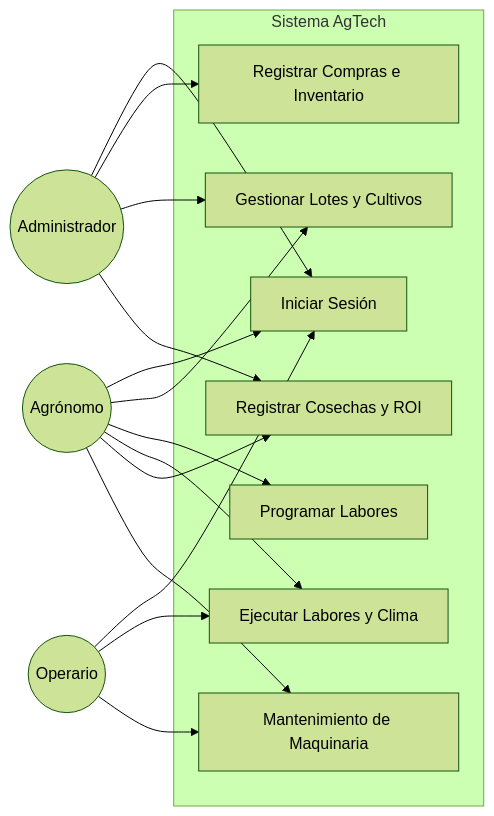
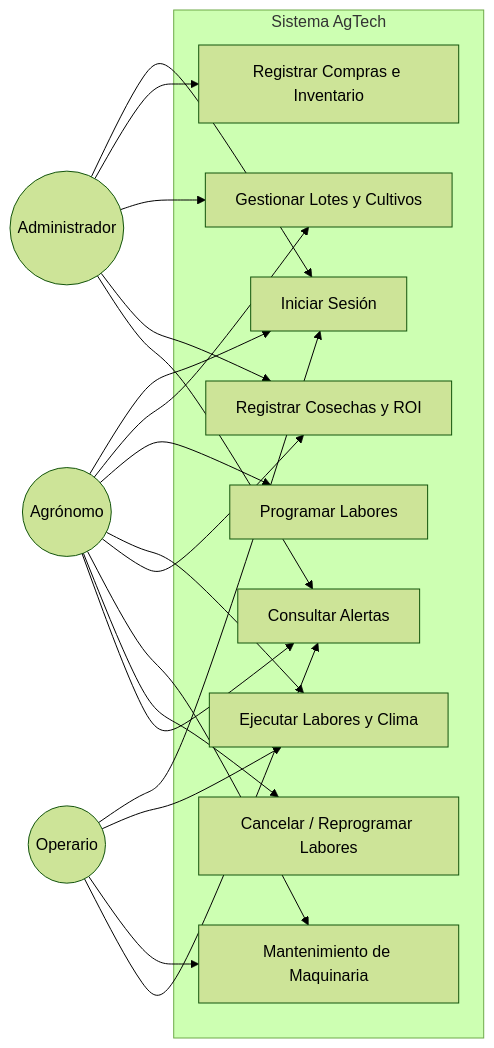
Before and after one commit to EmaRuidiaz/tupad_tfi_grupo_107: the second of 12 diagrams in docs/entrega-2/split_docs/08_diagramas_complementarios.md, drawn with Mermaid (forest theme). The commit also changed other lines of this file, not shown here.

Commit message:
diagramas de estado, clases, secuencia, actividad y despliegue

````diff
--- a/docs/entrega-2/split_docs/08_diagramas_complementarios.md
+++ b/docs/entrega-2/split_docs/08_diagramas_complementarios.md
@@ -40,33 +40,41 @@
 ```mermaid
 flowchart LR
     Admin((Administrador))
     Agro((Agrónomo))
     Op((Operario))
 
     subgraph AgTech ["Sistema AgTech"]
         CU1[Iniciar Sesión]
         CU2[Registrar Compras e Inventario]
         CU3[Gestionar Lotes y Cultivos]
         CU4[Programar Labores]
         CU5[Ejecutar Labores y Clima]
         CU6[Registrar Cosechas y ROI]
         CU7[Mantenimiento de Maquinaria]
+        CU8[Cancelar / Reprogramar Labores]
+        CU9[Consultar Alertas]
     end
 
     Admin --> CU1
     Agro --> CU1
     Op --> CU1
 
     Admin --> CU2
     Admin --> CU3
     Admin --> CU6
 
     Agro --> CU3
     Agro --> CU4
     Agro --> CU5
     Agro --> CU6
     Agro --> CU7
 
+    Agro --> CU8
+    Agro --> CU9
+
+    Admin --> CU9
+
     Op --> CU5
     Op --> CU7
+    Op --> CU9
 ```
````
